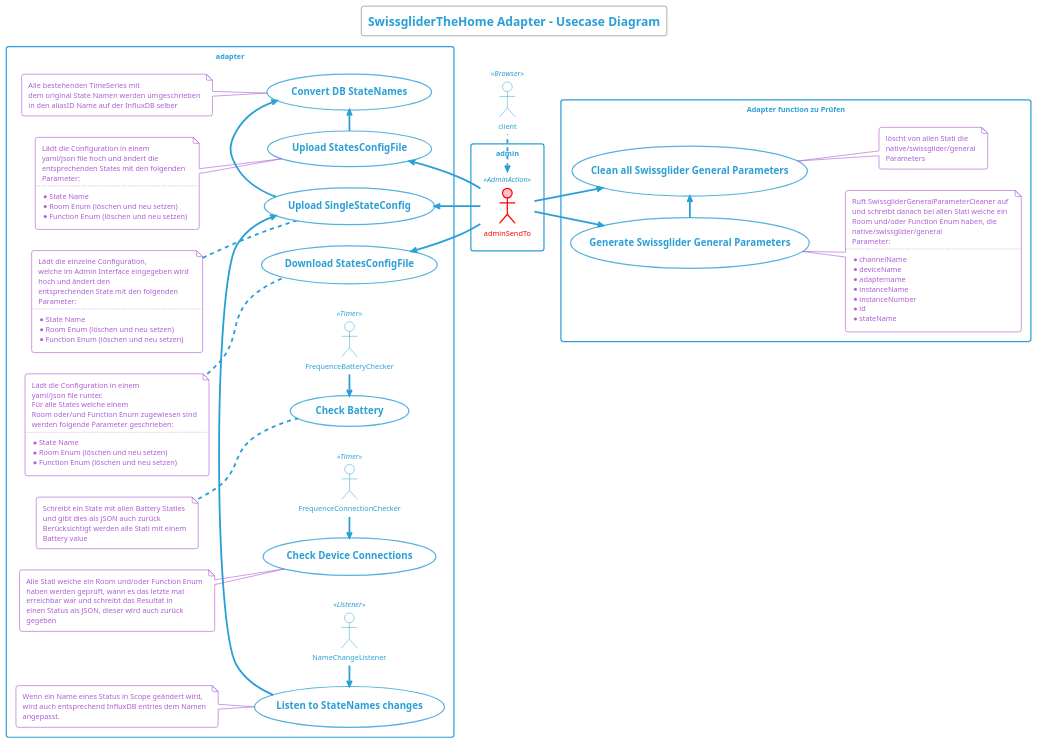
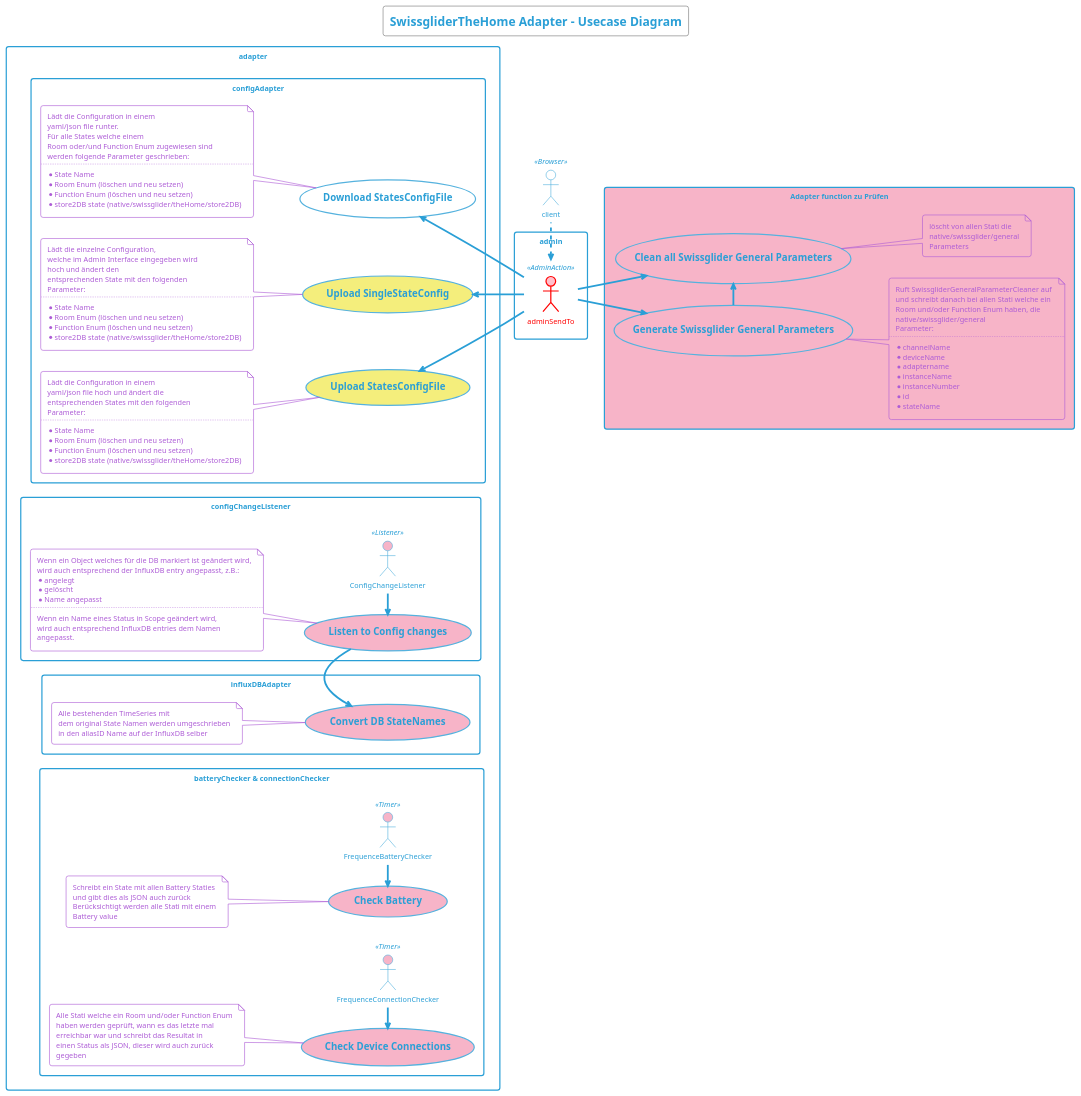
The diagram in docu/plantuml/server/SwissgliderTheHome - Usecase Diagram.iuml (swissglider/iobroker.thehome), drawn with PlantUML before and after one commit. The commit also changed 59 other files, not shown here.

```diff
--- a/docu/plantuml/server/SwissgliderTheHome - Usecase Diagram.iuml
+++ b/docu/plantuml/server/SwissgliderTheHome - Usecase Diagram.iuml
@@ -1,122 +1,140 @@
 @startuml
 !theme cyborg-outline
 
 title
     SwissgliderTheHome Adapter - Usecase Diagram
 end title
 
 actor client << Browser >>
 rectangle admin {
     actor adminSendTo << AdminAction >> #pink;line:red;line.bold;text:red
 }
 
 rectangle adapter {
-    actor FrequenceBatteryChecker << Timer >>
-    actor FrequenceConnectionChecker << Timer >>
-    actor NameChangeListener << Listener >>
-    usecase ConfigUploader as "=Upload StatesConfigFile"
-        note top
-            Lädt die Configuration in einem 
-            yaml/json file hoch und ändert die
-            entsprechenden States mit den folgenden
-            Parameter:
-            ..
-            * State Name
-            * Room Enum (löschen und neu setzen)
-            * Function Enum (löschen und neu setzen)
-        end note
-    usecase SingleUploader as "=Upload SingleStateConfig"
-        note top
-            Lädt die einzelne Configuration, 
-            welche im Admin Interface eingegeben wird 
-            hoch und ändert den
-            entsprechenden State mit den folgenden
-            Parameter:
-            ..
-            * State Name
-            * Room Enum (löschen und neu setzen)
-            * Function Enum (löschen und neu setzen)
-        end note
-    usecase ConfigDownloader as "=Download StatesConfigFile"
-        note top
-            Lädt die Configuration in einem 
-            yaml/json file runter. 
-            Für alle States welche einem 
-            Room oder/und Function Enum zugewiesen sind
-            werden folgende Parameter geschrieben:
-            ..
-            * State Name
-            * Room Enum (löschen und neu setzen)
-            * Function Enum (löschen und neu setzen)
-        end note
-    usecase InfluxDBConverter as "=Convert DB StateNames"
-        note top
-            Alle bestehenden TimeSeries mit
-            dem original State Namen werden umgeschrieben
-            in den aliasID Name auf der InfluxDB selber
-        end note
-    usecase BatteryChecker as "=Check Battery"
-        note top
-            Schreibt ein State mit allen Battery Staties
-            und gibt dies als JSON auch zurück
-            Berücksichtigt werden alle Stati mit einem
-            Battery value
-        end note
-    usecase ConnectionChecker as "=Check Device Connections"
-        note top
-            Alle Stati welche ein Room und/oder Function Enum
-            haben werden geprüft, wann es das letzte mal
-            erreichbar war und schreibt das Resultat in
-            einen Status als JSON, dieser wird auch zurück
-            gegeben
-        end note
-    usecase NameChangePreWorker as "=Listen to StateNames changes"
-        note top
-            Wenn ein Name eines Status in Scope geändert wird, 
-            wird auch entsprechend InfluxDB entries dem Namen
-            angepasst.
-        end note
+    rectangle "configAdapter" {
+        usecase ConfigDownloader as "=Download StatesConfigFile"
+            note top
+                Lädt die Configuration in einem 
+                yaml/json file runter. 
+                Für alle States welche einem 
+                Room oder/und Function Enum zugewiesen sind
+                werden folgende Parameter geschrieben:
+                ..
+                * State Name
+                * Room Enum (löschen und neu setzen)
+                * Function Enum (löschen und neu setzen)
+                * store2DB state (native/swissglider/theHome/store2DB)
+            end note
+        usecase SingleUploader as "=Upload SingleStateConfig" #F4EE7C
+            note top
+                Lädt die einzelne Configuration, 
+                welche im Admin Interface eingegeben wird 
+                hoch und ändert den
+                entsprechenden State mit den folgenden
+                Parameter:
+                ..
+                * State Name
+                * Room Enum (löschen und neu setzen)
+                * Function Enum (löschen und neu setzen)
+                * store2DB state (native/swissglider/theHome/store2DB)
+            end note
+        usecase ConfigUploader as "=Upload StatesConfigFile" #F4EE7C
+            note top
+                Lädt die Configuration in einem 
+                yaml/json file hoch und ändert die
+                entsprechenden States mit den folgenden
+                Parameter:
+                ..
+                * State Name
+                * Room Enum (löschen und neu setzen)
+                * Function Enum (löschen und neu setzen)
+                * store2DB state (native/swissglider/theHome/store2DB)
+            end note
+    }
+
+    rectangle "configChangeListener" {
+        actor ConfigChangeListener << Listener >> #F7B4C8
+        usecase ConfigChangePreWorker as "=Listen to Config changes" #F7B4C8
+            note top
+                Wenn ein Object welches für die DB markiert ist geändert wird,
+                wird auch entsprechend der InfluxDB entry angepasst, z.B.:
+                * angelegt
+                * gelöscht
+                * Name angepasst
+                ..
+                Wenn ein Name eines Status in Scope geändert wird, 
+                wird auch entsprechend InfluxDB entries dem Namen
+                angepasst.
+            end note
+    }
+
+    rectangle "influxDBAdapter" {
+        usecase InfluxDBConverter as "=Convert DB StateNames" #F7B4C8
+            note top
+                Alle bestehenden TimeSeries mit
+                dem original State Namen werden umgeschrieben
+                in den aliasID Name auf der InfluxDB selber
+            end note
+    }
+
+    rectangle "batteryChecker & connectionChecker" {
+        actor FrequenceBatteryChecker << Timer >> #F7B4C8
+        actor FrequenceConnectionChecker << Timer >> #F7B4C8
+        usecase BatteryChecker as "=Check Battery" #F7B4C8
+            note top
+                Schreibt ein State mit allen Battery Staties
+                und gibt dies als JSON auch zurück
+                Berücksichtigt werden alle Stati mit einem
+                Battery value
+            end note
+        usecase ConnectionChecker as "=Check Device Connections" #F7B4C8
+            note top 
+                Alle Stati welche ein Room und/oder Function Enum
+                haben werden geprüft, wann es das letzte mal
+                erreichbar war und schreibt das Resultat in
+                einen Status als JSON, dieser wird auch zurück
+                gegeben
+            end note
+    }
 }
-rectangle adapter1 as "Adapter function zu Prüfen" {
+rectangle adapter1 as "Adapter function zu Prüfen" #F7B4C8 {
     usecase SwissgliderGeneralParameterGenerator as "=Generate Swissglider General Parameters"
         note bottom
             Ruft SwissgliderGeneralParameterCleaner auf
             und schreibt danach bei allen Stati welche ein 
             Room und/oder Function Enum haben, die
             native/swissglider/general
             Parameter:
             ..
             * channelName
             * deviceName
             * adaptername
             * instanceName
             * instanceNumber
             * id
             * stateName
         end note
     usecase SwissgliderGeneralParameterCleaner as "=Clean all Swissglider General Parameters"
         note bottom
             löscht von allen Stati die 
             native/swissglider/general
             Parameters
         end note
 }
 
 left to right direction
 client -left..> adminSendTo
 adminSendTo -up-> ConfigUploader
 adminSendTo -up-> SingleUploader
 adminSendTo -up-> ConfigDownloader
 adminSendTo -down-> SwissgliderGeneralParameterGenerator
 adminSendTo -down-> SwissgliderGeneralParameterCleaner
 SwissgliderGeneralParameterGenerator -> SwissgliderGeneralParameterCleaner
 
-ConfigUploader -> InfluxDBConverter
-SingleUploader -> InfluxDBConverter
-NameChangePreWorker -> SingleUploader
+ConfigChangePreWorker -> InfluxDBConverter
 
 FrequenceBatteryChecker -left-> BatteryChecker
 FrequenceConnectionChecker -left-> ConnectionChecker
-NameChangeListener -left-> NameChangePreWorker
+ConfigChangeListener -left-> ConfigChangePreWorker
 
 @enduml
```
